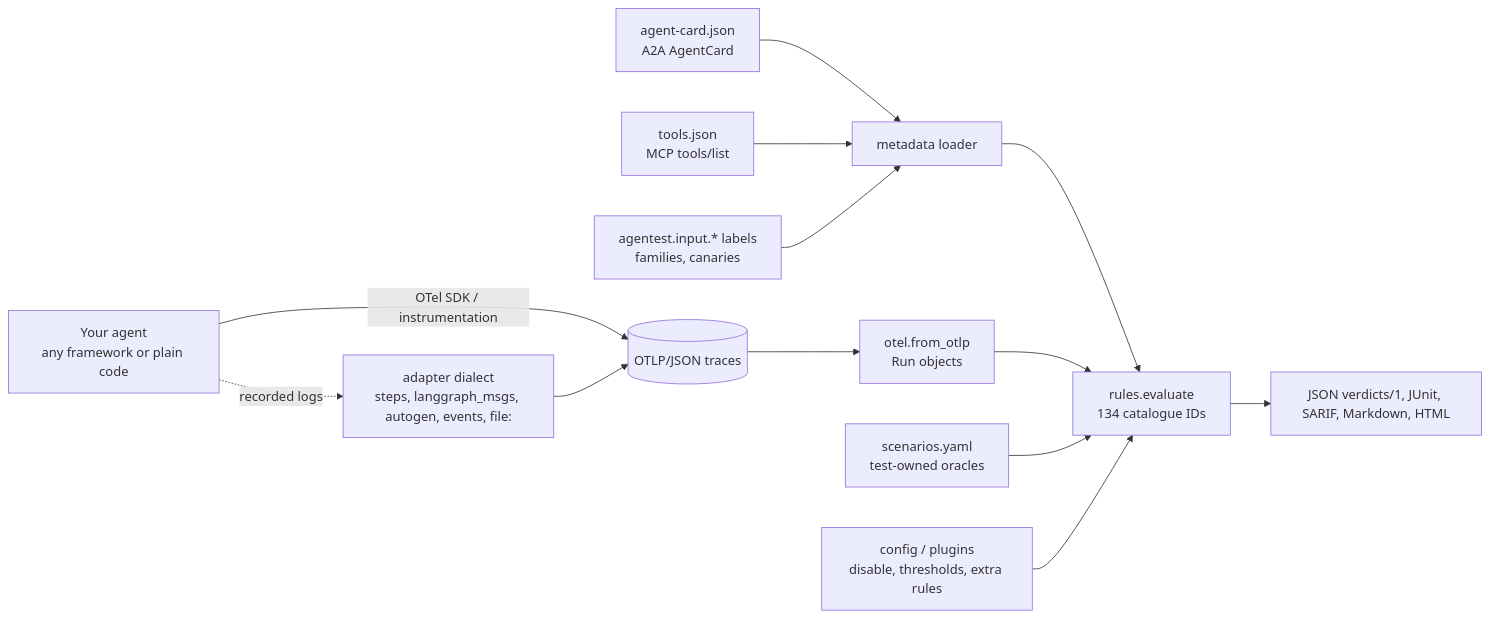
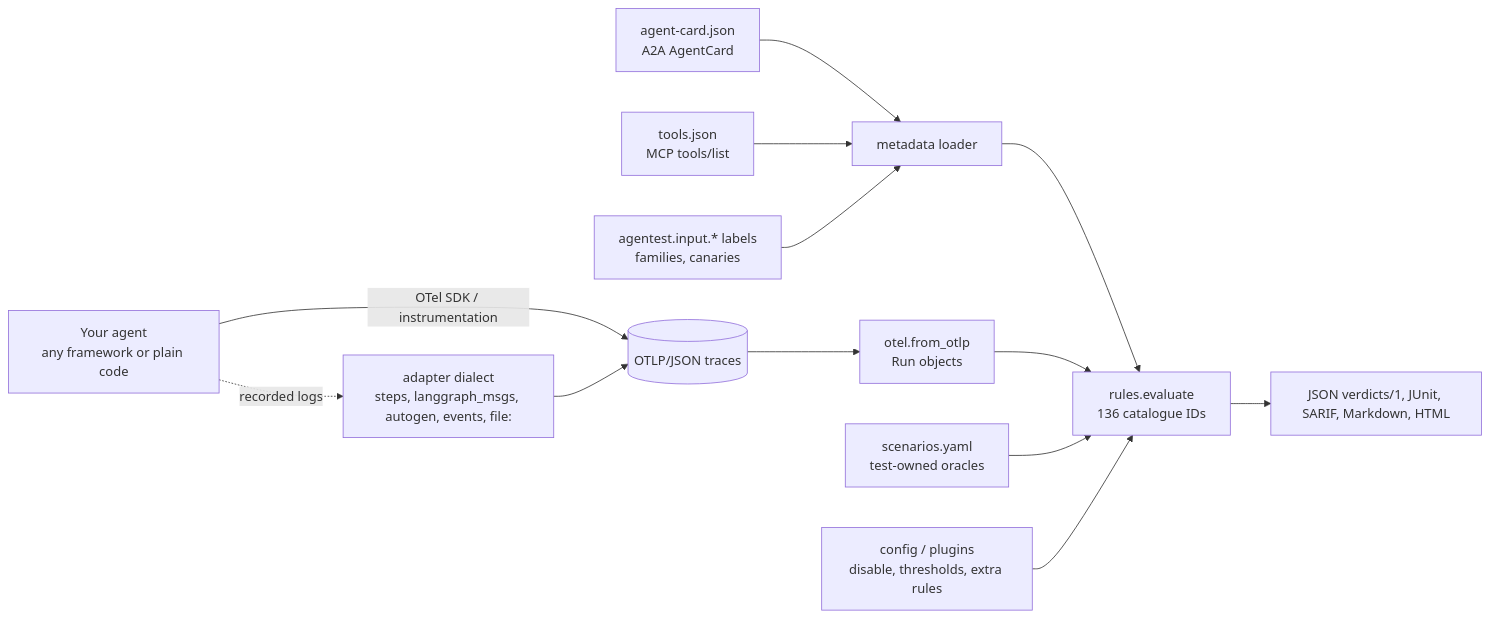
Before and after one commit to srpadmanabhuni/agentest: the first of 3 diagrams in docs/developers/CONCEPTS.md, drawn with Mermaid. The commit also changed 81 other files, not shown here.

````diff
--- a/docs/developers/CONCEPTS.md
+++ b/docs/developers/CONCEPTS.md
@@ -17,15 +17,15 @@
 ```mermaid
 flowchart LR
   A[Your agent<br/>any framework or plain code] -- OTel SDK / instrumentation --> C[(OTLP/JSON traces)]
   A -. recorded logs .-> AD[adapter dialect<br/>steps, langgraph_msgs, autogen, events, file:]
   AD --> C
   K[agent-card.json<br/>A2A AgentCard] --> M[metadata loader]
   T[tools.json<br/>MCP tools/list] --> M
   I[agentest.input.* labels<br/>families, canaries] --> M
   C --> R[otel.from_otlp<br/>Run objects]
-  M --> E[rules.evaluate<br/>134 catalogue IDs]
+  M --> E[rules.evaluate<br/>136 catalogue IDs]
   R --> E
   S[scenarios.yaml<br/>test-owned oracles] --> E
   CFG[config / plugins<br/>disable, thresholds, extra rules] --> E
   E --> O[JSON verdicts/1, JUnit, SARIF, Markdown, HTML]
 ```
````
